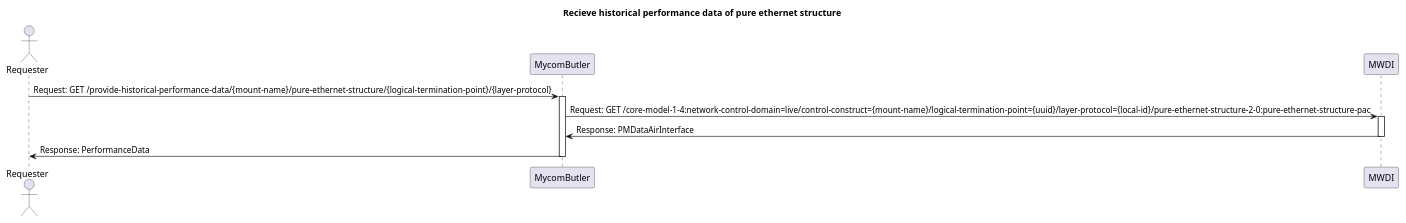
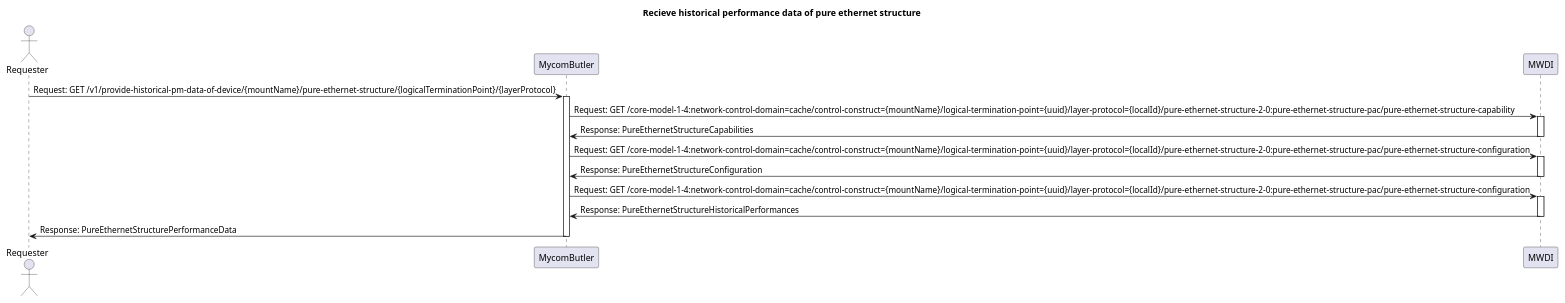
The diagram in spec/diagrams/historical-performance-data-pure-ethernet-structure.plantuml (openBackhaul/MycomButler), drawn with PlantUML before and after one commit. The commit also changed 5 other files, not shown here.

Commit message:
Update seq. diagram to new mwdi endpoints

```diff
--- a/spec/diagrams/historical-performance-data-pure-ethernet-structure.plantuml
+++ b/spec/diagrams/historical-performance-data-pure-ethernet-structure.plantuml
@@ -1,21 +1,30 @@
 @startuml Recieve_PM_data_pure_ethernet_structure
 title "Recieve historical performance data of pure ethernet structure"
 
 actor Requester
 participant MycomButler
 participant MWDI
 
-Requester -> MycomButler: Request: GET /provide-historical-performance-data/{mount-name}/pure-ethernet-structure/{logical-termination-point}/{layer-protocol}
+Requester -> MycomButler: Request: GET /v1/provide-historical-pm-data-of-device/{mountName}/pure-ethernet-structure/{logicalTerminationPoint}/{layerProtocol}
+activate MycomButler
 
-activate MycomButler
-MycomButler -> MWDI: Request: GET /core-model-1-4:network-control-domain=live/control-construct={mount-name}/logical-termination-point={uuid}/layer-protocol={local-id}/pure-ethernet-structure-2-0:pure-ethernet-structure-pac
+MycomButler -> MWDI: Request: GET /core-model-1-4:network-control-domain=cache/control-construct={mountName}/logical-termination-point={uuid}/layer-protocol={localId}/pure-ethernet-structure-2-0:pure-ethernet-structure-pac/pure-ethernet-structure-capability
+activate MWDI
+MWDI -> MycomButler: Response: PureEthernetStructureCapabilities
+deactivate MWDI
 
+MycomButler -> MWDI: Request: GET /core-model-1-4:network-control-domain=cache/control-construct={mountName}/logical-termination-point={uuid}/layer-protocol={localId}/pure-ethernet-structure-2-0:pure-ethernet-structure-pac/pure-ethernet-structure-configuration
 activate MWDI
-MWDI -> MycomButler: Response: PMDataAirInterface
+MWDI -> MycomButler: Response: PureEthernetStructureConfiguration
+deactivate MWDI
 
+MycomButler -> MWDI: Request: GET /core-model-1-4:network-control-domain=cache/control-construct={mountName}/logical-termination-point={uuid}/layer-protocol={localId}/pure-ethernet-structure-2-0:pure-ethernet-structure-pac/pure-ethernet-structure-configuration
+activate MWDI
+MWDI -> MycomButler: Response: PureEthernetStructureHistoricalPerformances
 deactivate MWDI
-MycomButler -> Requester: Response: PerformanceData
+
+MycomButler -> Requester: Response: PureEthernetStructurePerformanceData
 
 deactivate MycomButler
 
 @enduml
```
